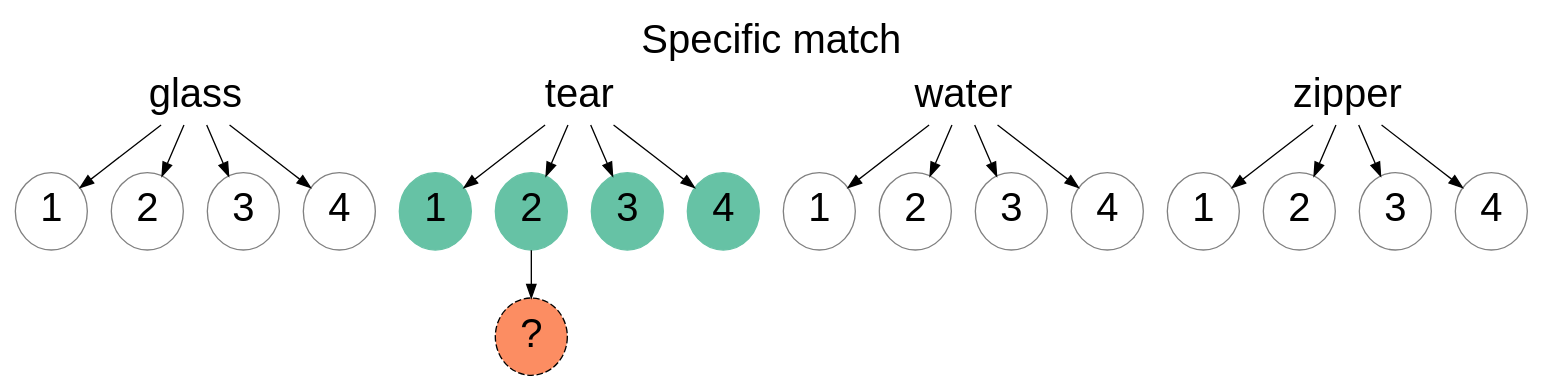
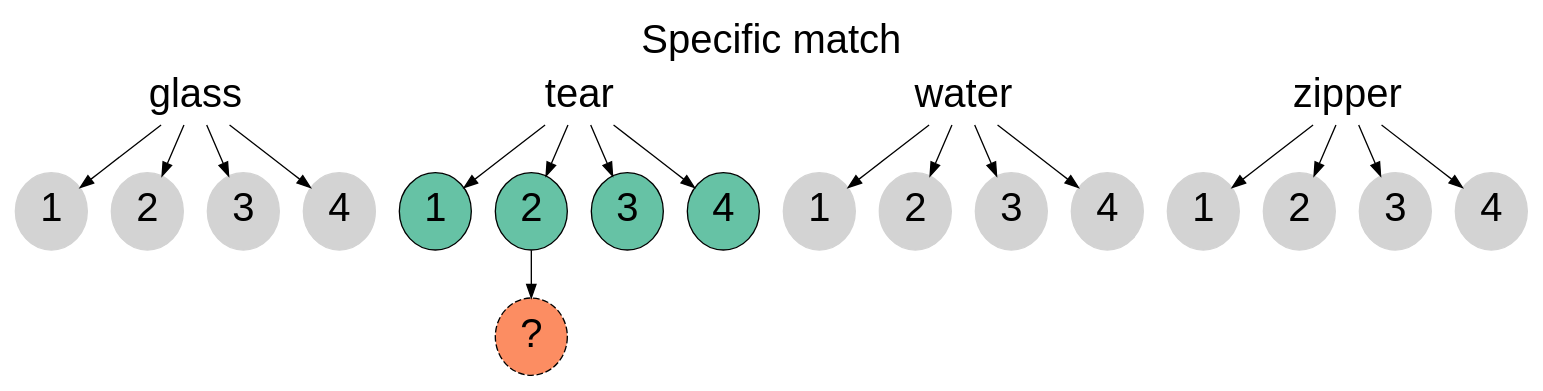
One commit to lupyanlab/words-in-transition changed the diagram in wordsintransition/inst/extdata/specific-match.gv. Above: the diagram before and after it, drawn with Graphviz. The commit also changed 2 other files, not shown here.

```diff
--- a/wordsintransition/inst/extdata/specific-match.gv
+++ b/wordsintransition/inst/extdata/specific-match.gv
@@ -1,47 +1,47 @@
 digraph {
   labelloc="t";
   label="Specific match";
 
   graph[fontname="helvetica", fontsize=30];
   node[fontname="helvetica", fontsize=30];
 
   glass[shape="none"];
   tear[shape="none"];
   water[shape="none"];
   zipper[shape="none"];
 
   glass -> {glass1, glass2, glass3, glass4};
   tear -> {tear1, tear2, tear3, tear4};
   water -> {water1, water2, water3, water4};
   zipper -> {zipper1, zipper2, zipper3, zipper4};
 
-  tear1[style="filled", fillcolor="#66C2A5", color="#66C2A5"];
-  tear2[style="filled", fillcolor="#66C2A5", color="#66C2A5"];
-  tear3[style="filled", fillcolor="#66C2A5", color="#66C2A5"];
-  tear4[style="filled", fillcolor="#66C2A5", color="#66C2A5"];
+  tear2[style="filled", fillcolor="#66C2A5"];
+  tear3[style="filled", fillcolor="#66C2A5"];
+  tear1[style="filled", fillcolor="#66C2A5"];
+  tear4[style="filled", fillcolor="#66C2A5"];
 
   glass1[label="1"];
   glass2[label="2"];
   glass3[label="3"];
   glass4[label="4"];
 
   tear1[label="1"];
   tear2[label="2"];
   tear3[label="3"];
   tear4[label="4"];
 
   water1[label="1"];
   water2[label="2"];
   water3[label="3"];
   water4[label="4"];
 
   zipper1[label="1"];
   zipper2[label="2"];
   zipper3[label="3"];
   zipper4[label="4"];
 
-  glass1, glass2, glass3, glass4, water1, water2, water3, water4, zipper1, zipper2, zipper3, zipper4[color="gray"];
+  glass1, glass2, glass3, glass4, water1, water2, water3, water4, zipper1, zipper2, zipper3, zipper4[style="filled", color="lightgray", fill="lightgray"];
 
   tear2 -> gen1;
   gen1[label="?", style="filled, dashed", fillcolor="#FC8D62"];
 }
```
